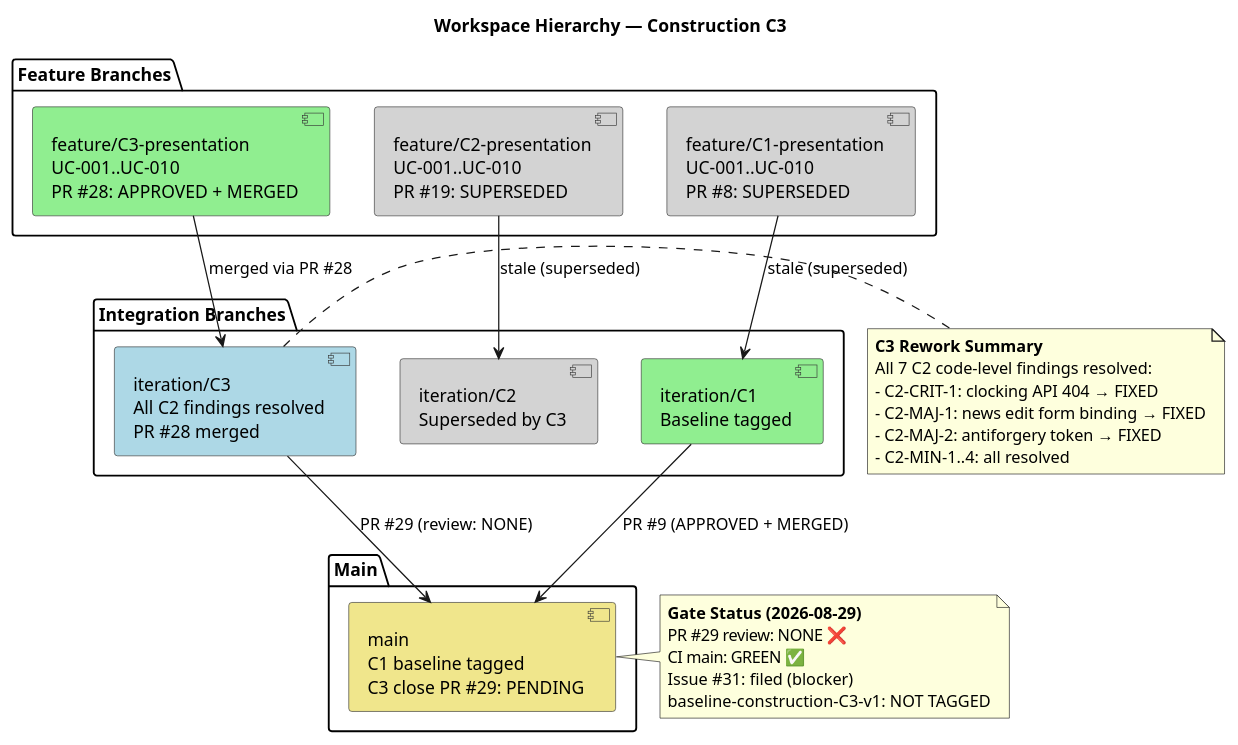
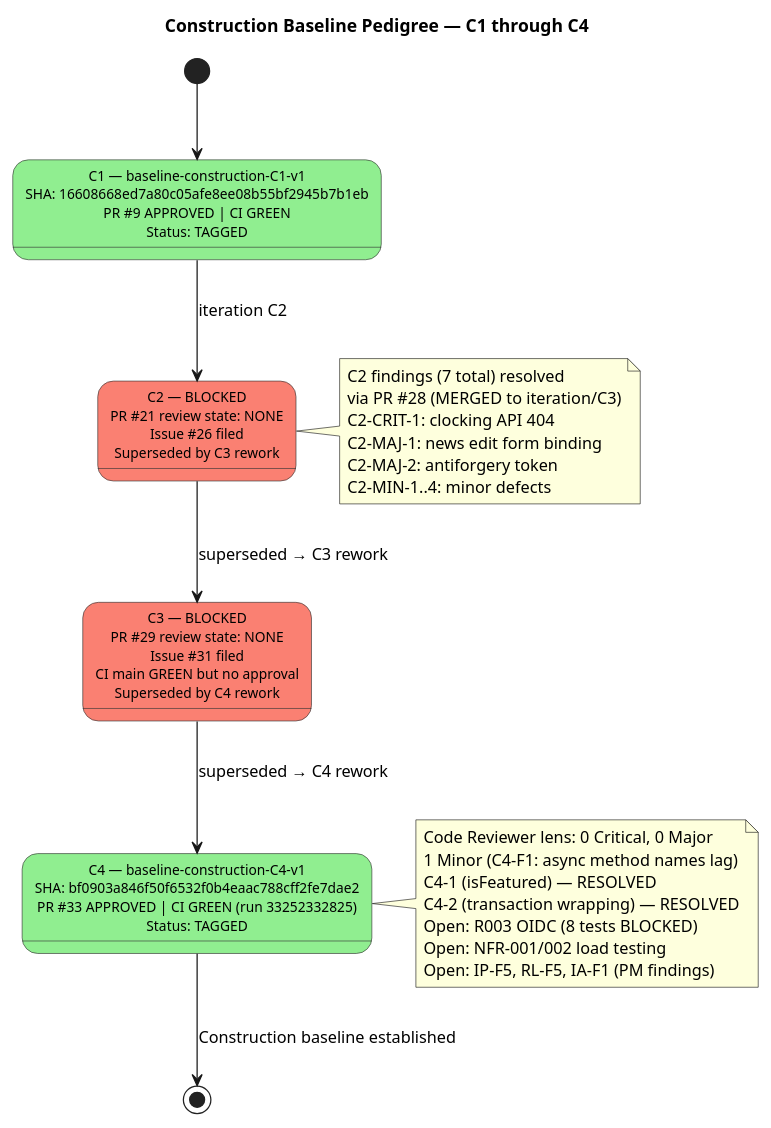
The diagram in docs/BRANCHING_STRATEGY.md (banense-test/portal-cuba-corp), drawn with PlantUML before and after one commit. The commit also changed other lines of this file, not shown here.

Commit message:
Update BRANCHING_STRATEGY.md — C4 baseline tagged (baseline-construction-C4-v1)

````diff
--- a/docs/BRANCHING_STRATEGY.md
+++ b/docs/BRANCHING_STRATEGY.md
@@ -85,50 +113,49 @@
 ```plantuml
-@startuml Workspace_Hierarchy_C3
-title Workspace Hierarchy — Construction C3
+@startuml
+title Construction Baseline Pedigree — C1 through C4
 
-skinparam component {
+skinparam state {
   BackgroundColor #F5F5F5
   BorderColor #333333
+  FontSize 11
 }
 
-package "Feature Branches" {
-  [feature/C3-presentation\nUC-001..UC-010\nPR #28: APPROVED + MERGED] as FEAT_C3 #LightGreen
-  [feature/C2-presentation\nUC-001..UC-010\nPR #19: SUPERSEDED] as FEAT_C2 #LightGray
-  [feature/C1-presentation\nUC-001..UC-010\nPR #8: SUPERSEDED] as FEAT_C1 #LightGray
-}
+[*] --> C1
 
-package "Integration Branches" {
-  [iteration/C3\nAll C2 findings resolved\nPR #28 merged] as ITER_C3 #LightBlue
-  [iteration/C2\nSuperseded by C3] as ITER_C2 #LightGray
-  [iteration/C1\nBaseline tagged] as ITER_C1 #LightGreen
-}
+state "C1 — baseline-construction-C1-v1\nSHA: 16608668ed7a80c05afe8ee08b55bf2945b7b1eb\nPR #9 APPROVED | CI GREEN\nStatus: TAGGED" as C1 #LightGreen
 
-package "Main" {
-  [main\nC1 baseline tagged\nC3 close PR #29: PENDING] as MAIN #Khaki
-}
+C1 --> C2 : iteration C2
 
-FEAT_C3 --> ITER_C3 : merged via PR #28
-FEAT_C2 --> ITER_C2 : stale (superseded)
-FEAT_C1 --> ITER_C1 : stale (superseded)
-ITER_C3 --> MAIN : PR #29 (review: NONE)
-ITER_C1 --> MAIN : PR #9 (APPROVED + MERGED)
+state "C2 — BLOCKED\nPR #21 review state: NONE\nIssue #26 filed\nSuperseded by C3 rework" as C2 #Salmon
 
-note right of ITER_C3
-  **C3 Rework Summary**
-  All 7 C2 code-level findings resolved:
-  - C2-CRIT-1: clocking API 404 → FIXED
-  - C2-MAJ-1: news edit form binding → FIXED
-  - C2-MAJ-2: antiforgery token → FIXED
-  - C2-MIN-1..4: all resolved
+C2 --> C3 : superseded → C3 rework
+
+state "C3 — BLOCKED\nPR #29 review state: NONE\nIssue #31 filed\nCI main GREEN but no approval\nSuperseded by C4 rework" as C3 #Salmon
+
+C3 --> C4 : superseded → C4 rework
+
+state "C4 — baseline-construction-C4-v1\nSHA: bf0903a846f50f6532f0b4eaac788cff2fe7dae2\nPR #33 APPROVED | CI GREEN (run 33252332825)\nStatus: TAGGED" as C4 #LightGreen
+
+C4 --> [*] : Construction baseline established
+
+note right of C2
+  C2 findings (7 total) resolved
+  via PR #28 (MERGED to iteration/C3)
+  C2-CRIT-1: clocking API 404
+  C2-MAJ-1: news edit form binding
+  C2-MAJ-2: antiforgery token
+  C2-MIN-1..4: minor defects
 end note
 
-note right of MAIN
-  **Gate Status (2026-08-29)**
-  PR #29 review: NONE ❌
-  CI main: GREEN ✅
-  Issue #31: filed (blocker)
-  baseline-construction-C3-v1: NOT TAGGED
+note right of C4
+  Code Reviewer lens: 0 Critical, 0 Major
+  1 Minor (C4-F1: async method names lag)
+  C4-1 (isFeatured) — RESOLVED
+  C4-2 (transaction wrapping) — RESOLVED
+  Open: R003 OIDC (8 tests BLOCKED)
+  Open: NFR-001/002 load testing
+  Open: IP-F5, RL-F5, IA-F1 (PM findings)
 end note
 
 @enduml
 ```
````
